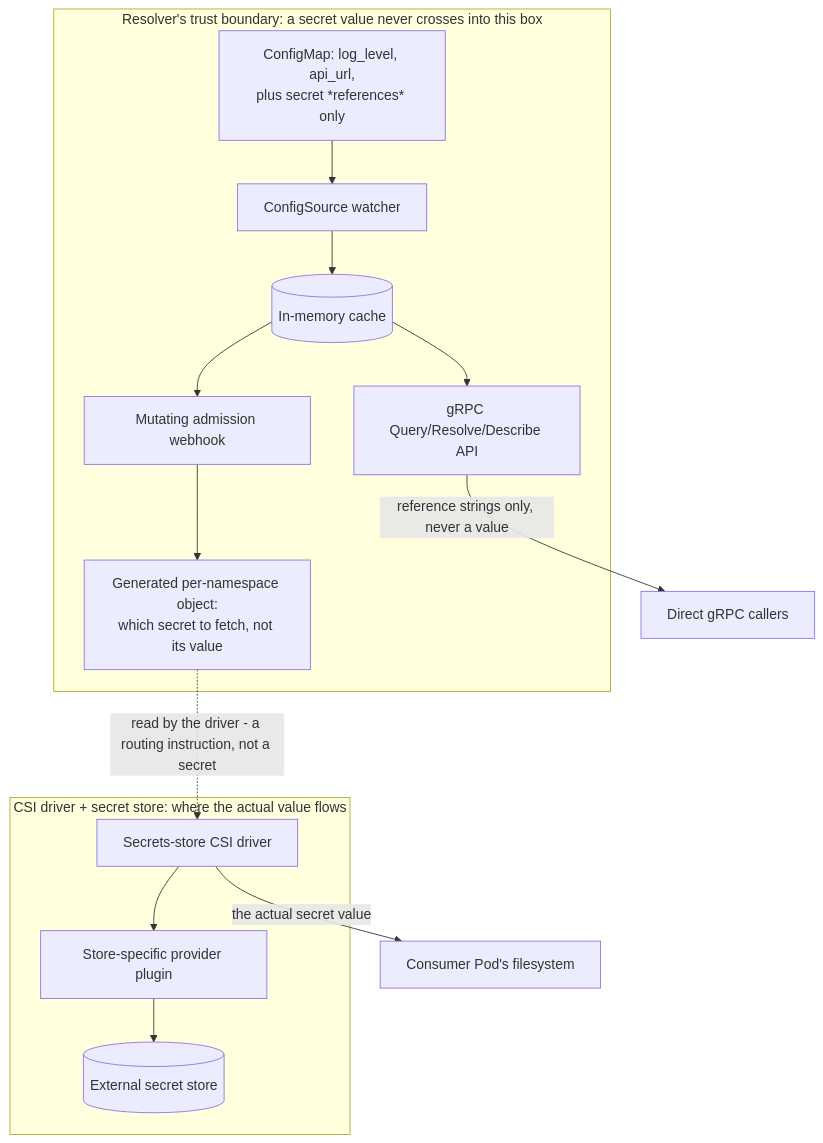
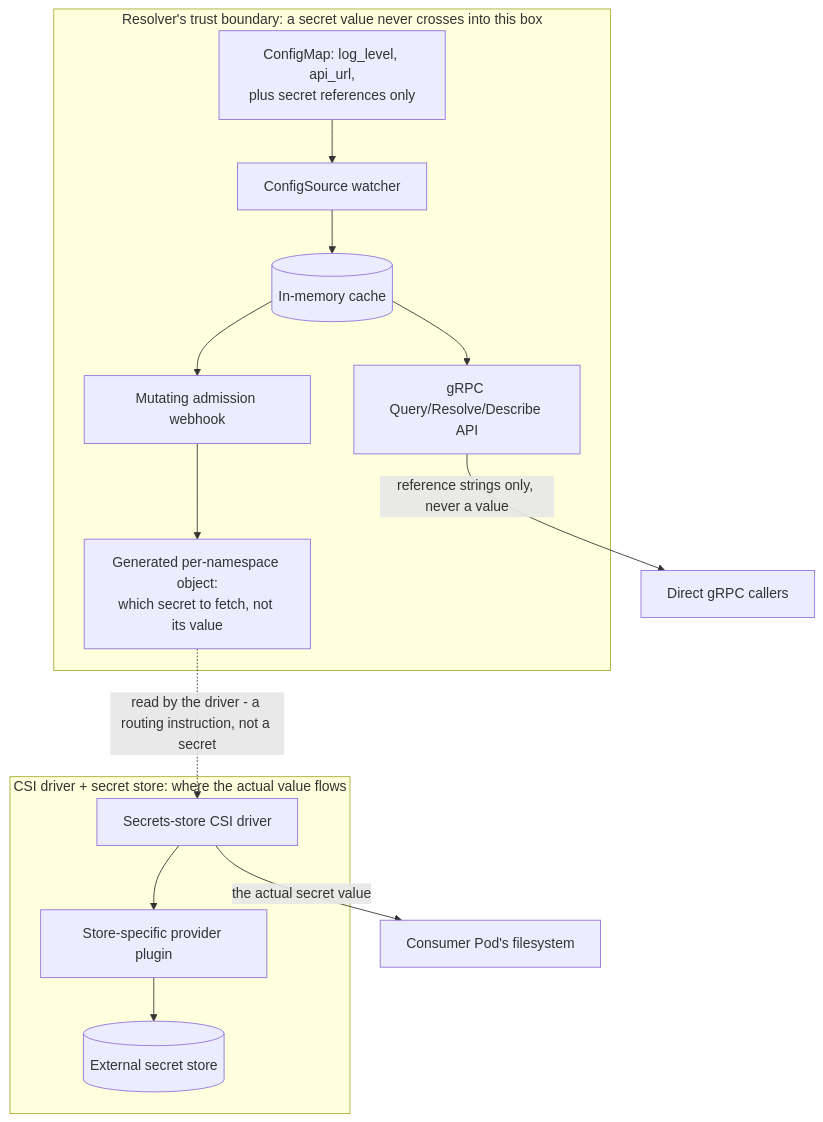
One commit to Garoze/Muninn changed the diagram in docs/adr/0012-csi-secret-delivery.md. Above: the diagram before and after it, drawn with Mermaid. The commit also changed other lines of this file and 16 other files, not shown here.

````diff
--- a/docs/adr/0012-csi-secret-delivery.md
+++ b/docs/adr/0012-csi-secret-delivery.md
@@ -35,22 +35,22 @@
 ```mermaid
 flowchart TB
     subgraph muninn["Resolver's trust boundary: a secret value never crosses into this box"]
-        CM["ConfigMap: log_level, api_url,<br/>plus secret *references* only"]
+        CM["ConfigMap: log_level, api_url,<br/>plus secret references only"]
         Watcher["ConfigSource watcher"]
         Cache[("In-memory cache")]
         API["gRPC Query/Resolve/Describe API"]
         Webhook["Mutating admission webhook"]
         Derived["Generated per-namespace object:<br/>which secret to fetch, not its value"]
         CM --> Watcher --> Cache --> API
         Cache --> Webhook --> Derived
     end
     subgraph external["CSI driver + secret store: where the actual value flows"]
         Driver["Secrets-store CSI driver"]
         Provider["Store-specific provider plugin"]
         Store[("External secret store")]
         Driver --> Provider --> Store
     end
     Derived -. "read by the driver - a routing instruction, not a secret" .-> Driver
     Driver -->|"the actual secret value"| Pod["Consumer Pod's filesystem"]
     API -->|"reference strings only, never a value"| Caller["Direct gRPC callers"]
 ```
````
